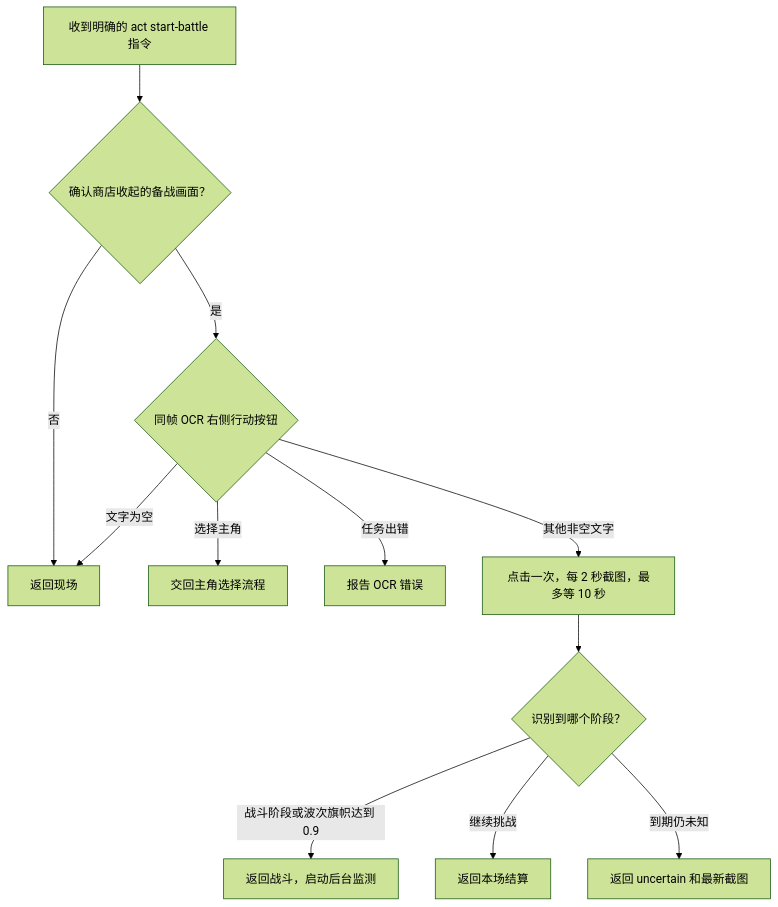
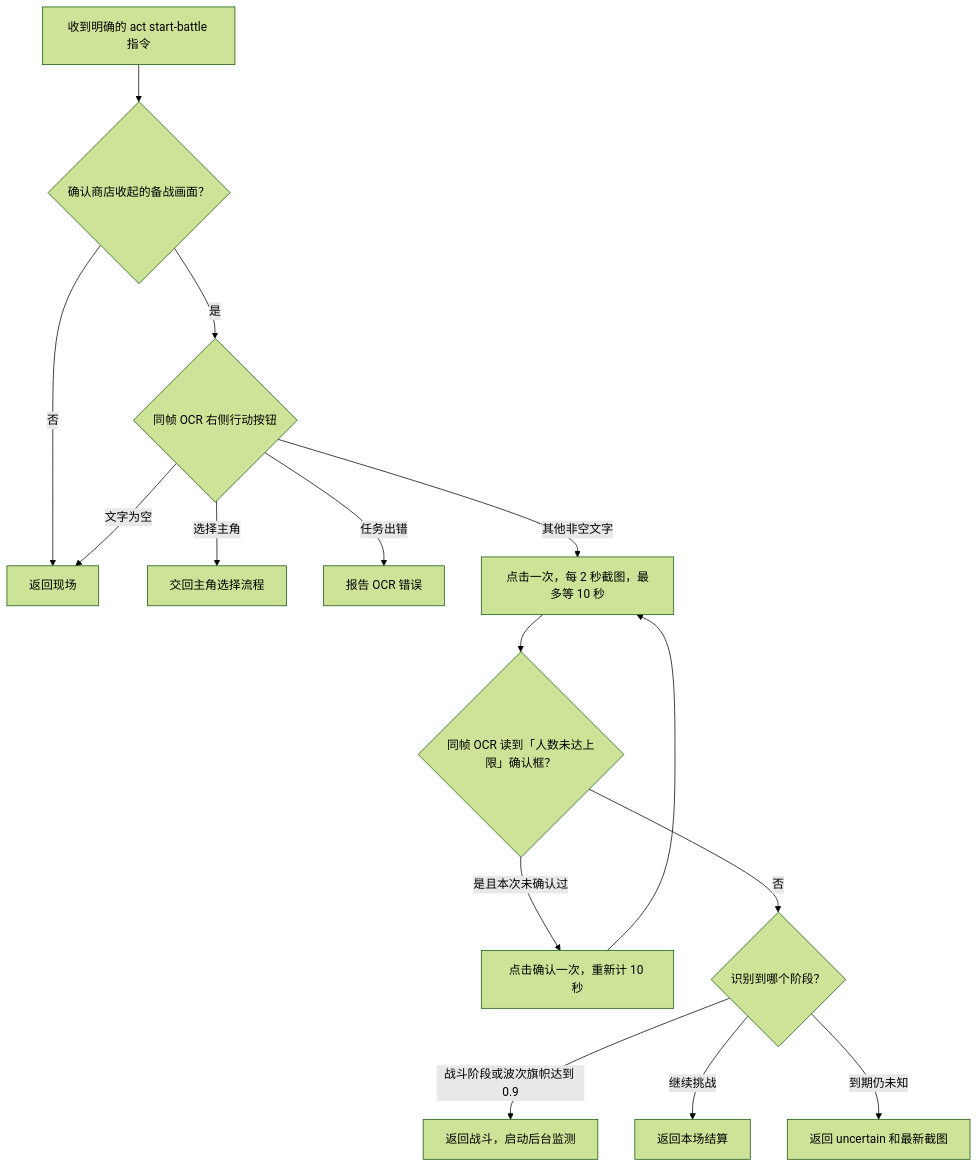
One commit to 23swccp/CurrencyWarsKit changed the first of 2 diagrams in design/battle.md. Above: the diagram before and after it, drawn with Mermaid (forest theme). The commit also changed other lines of this file and 30 other files, not shown here.

````diff
--- a/design/battle.md
+++ b/design/battle.md
@@ -7,14 +7,17 @@
 ```mermaid
 flowchart TD
     Start["收到明确的 act start-battle 指令"] --> Board{"确认商店收起的备战画面？"}
     Board -->|否| Stop["返回现场"]
     Board -->|是| Button{"同帧 OCR 右侧行动按钮"}
     Button -->|选择主角| Hero["交回主角选择流程"]
     Button -->|文字为空| Stop
     Button -->|任务出错| Error["报告 OCR 错误"]
     Button -->|其他非空文字| Click["点击一次，每 2 秒截图，最多等 10 秒"]
-    Click --> Result{"识别到哪个阶段？"}
+    Click --> Limit{"同帧 OCR 读到「人数未达上限」确认框？"}
+    Limit -->|是且本次未确认过| Confirm["点击确认一次，重新计 10 秒"]
+    Confirm --> Click
+    Limit -->|否| Result{"识别到哪个阶段？"}
     Result -->|战斗阶段或波次旗帜达到 0.9| Battle["返回战斗，启动后台监测"]
     Result -->|继续挑战| Settlement["返回本场结算"]
     Result -->|到期仍未知| Pending["返回 uncertain 和最新截图"]
 ```
````
